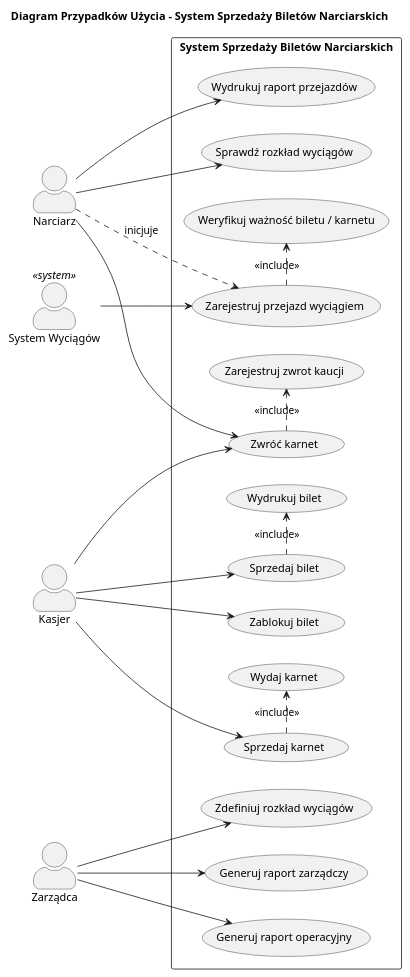
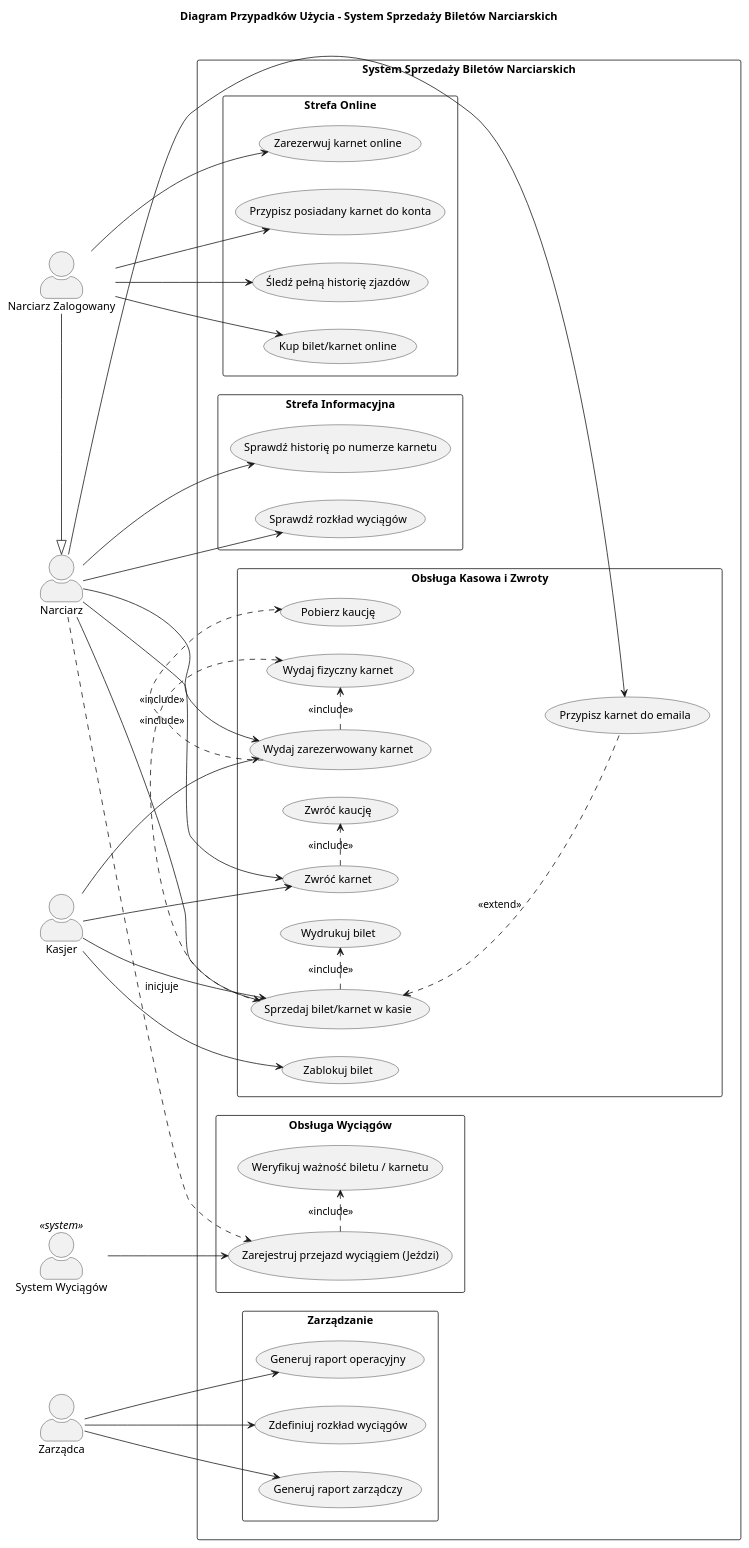
One commit to taf4you2/2026_TAB_7_WEGLORZ changed the diagram in Dokumentacja/diagram_przypadkow_uzycia.puml. Above: the diagram before and after it, drawn with PlantUML. The commit also changed 2 other files, not shown here.

```diff
--- a/Dokumentacja/diagram_przypadkow_uzycia.puml
+++ b/Dokumentacja/diagram_przypadkow_uzycia.puml
@@ -1,67 +1,98 @@
 @startuml diagram_przypadkow_uzycia
 title Diagram Przypadków Użycia – System Sprzedaży Biletów Narciarskich
 
 left to right direction
 skinparam actorStyle awesome
 
+' Definiuje aktorów.
+actor "Narciarz Zalogowany" as NarciarzZalogowany
 actor "Narciarz" as Narciarz
+NarciarzZalogowany -|> Narciarz
+
 actor "Kasjer" as Kasjer
+actor "System Wyciągów" as SystemWyciagow <<system>>
 actor "Zarządca" as Zarzadca
-actor "System Wyciągów" as SystemWyciagow <<system>>
 
+' Tworzy główny obszar systemu.
 rectangle "System Sprzedaży Biletów Narciarskich" {
 
-    ' --- Kasjer ---
-    usecase "Sprzedaj bilet" as UC1
-    usecase "Sprzedaj karnet" as UC2
-    usecase "Zablokuj bilet" as UC3
-    usecase "Wydrukuj bilet" as UC4
-    usecase "Wydaj karnet" as UC4b
+    ' Grupuje przypadki użycia strefy online.
+    rectangle "Strefa Online" {
+        usecase "Kup bilet/karnet online" as UC_KupOnline
+        usecase "Zarezerwuj karnet online" as UC_RezerwujOnline
+        usecase "Przypisz posiadany karnet do konta" as UC_PrzypiszKarnet
+        usecase "Śledź pełną historię zjazdów" as UC_HistoriaZalogowany
+    }
 
-    ' --- System Wyciągów ---
-    usecase "Zarejestruj przejazd wyciągiem" as UC5
-    usecase "Weryfikuj ważność biletu / karnetu" as UC6
+    ' Grupuje ogólnodostępne przypadki użycia informacyjne.
+    rectangle "Strefa Informacyjna" {
+        usecase "Sprawdź historię po numerze karnetu" as UC_HistoriaNumer
+        usecase "Sprawdź rozkład wyciągów" as UC_Rozklad
+    }
 
-    ' --- Zarządca ---
-    usecase "Zdefiniuj rozkład wyciągów" as UC7
-    usecase "Generuj raport zarządczy" as UC8
-    usecase "Generuj raport operacyjny" as UC9
+    ' Grupuje przypadki użycia związane z obsługą stacjonarną.
+    rectangle "Obsługa Kasowa i Zwroty" {
+        usecase "Sprzedaj bilet/karnet w kasie" as UC_SprzedazKasa
+        usecase "Wydaj zarezerwowany karnet" as UC_WydajZarezerwowany
+        usecase "Wydrukuj bilet" as UC_DrukujBilet
+        usecase "Wydaj fizyczny karnet" as UC_WydajKarnet
+        usecase "Pobierz kaucję" as UC_PobierzKaucje
+        usecase "Zablokuj bilet" as UC_Zablokuj
+        usecase "Przypisz karnet do emaila" as UC_PodajEmail
+        usecase "Zwróć karnet" as UC_ZwrocKarnet
+        usecase "Zwróć kaucję" as UC_ZwrocKaucje
+    }
 
-    ' --- Narciarz ---
-    usecase "Wydrukuj raport przejazdów" as UC10
-    usecase "Sprawdź rozkład wyciągów" as UC13
+    ' Grupuje przypadki użycia integracji wyciągów.
+    rectangle "Obsługa Wyciągów" {
+        usecase "Zarejestruj przejazd wyciągiem (Jeździ)" as UC_Jazda
+        usecase "Weryfikuj ważność biletu / karnetu" as UC_Weryfikuj
+    }
 
-    ' --- Zwrot karnetu ---
-    usecase "Zwróć karnet" as UC11
-    usecase "Zarejestruj zwrot kaucji" as UC12
+    ' Grupuje przypadki użycia zarządcze.
+    rectangle "Zarządzanie" {
+        usecase "Zdefiniuj rozkład wyciągów" as UC_ZdefiniujRozklad
+        usecase "Generuj raport zarządczy" as UC_RaportZarzadczy
+        usecase "Generuj raport operacyjny" as UC_RaportOperacyjny
+    }
 }
 
-' Kasjer
-Kasjer --> UC1
-Kasjer --> UC2
-Kasjer --> UC3
-UC1 .> UC4 : <<include>>
-UC2 .> UC4b : <<include>>
+' Przypisuje relacje Narciarza Zalogowanego.
+NarciarzZalogowany --> UC_KupOnline
+NarciarzZalogowany --> UC_RezerwujOnline
+NarciarzZalogowany --> UC_PrzypiszKarnet
+NarciarzZalogowany --> UC_HistoriaZalogowany
 
-' System Wyciągów
-SystemWyciagow --> UC5
-UC5 .> UC6 : <<include>>
+' Przypisuje relacje podstawowego Narciarza.
+Narciarz --> UC_SprzedazKasa
+Narciarz --> UC_WydajZarezerwowany
+Narciarz --> UC_HistoriaNumer
+Narciarz --> UC_Rozklad
+Narciarz --> UC_ZwrocKarnet
+Narciarz ..> UC_Jazda : inicjuje
+Narciarz --> UC_PodajEmail
 
-' Zarządca
-Zarzadca --> UC7
-Zarzadca --> UC8
-Zarzadca --> UC9
+' Przypisuje relacje Kasjera.
+Kasjer --> UC_SprzedazKasa
+Kasjer --> UC_WydajZarezerwowany
+Kasjer --> UC_Zablokuj
+Kasjer --> UC_ZwrocKarnet
 
-' Narciarz
-Narciarz --> UC10
-Narciarz --> UC13
+' Przypisuje relacje Systemu Wyciągów.
+SystemWyciagow --> UC_Jazda
 
-' Zwrot karnetu
-Narciarz --> UC11
-Kasjer --> UC11
-UC11 .> UC12 : <<include>>
+' Przypisuje relacje Zarządcy.
+Zarzadca --> UC_ZdefiniujRozklad
+Zarzadca --> UC_RaportZarzadczy
+Zarzadca --> UC_RaportOperacyjny
 
-' Powiązania między aktorami a przypadkami
-Narciarz ..> UC5 : inicjuje
+' Definiuje zależności include i extend.
+UC_SprzedazKasa .> UC_DrukujBilet : <<include>>
+UC_SprzedazKasa .> UC_WydajKarnet : <<include>>
+UC_WydajZarezerwowany .> UC_WydajKarnet : <<include>>
+UC_WydajZarezerwowany .> UC_PobierzKaucje : <<include>>
+UC_SprzedazKasa <.. UC_PodajEmail : <<extend>>
+UC_ZwrocKarnet .> UC_ZwrocKaucje : <<include>>
+UC_Jazda .> UC_Weryfikuj : <<include>>
 
 @enduml
```
